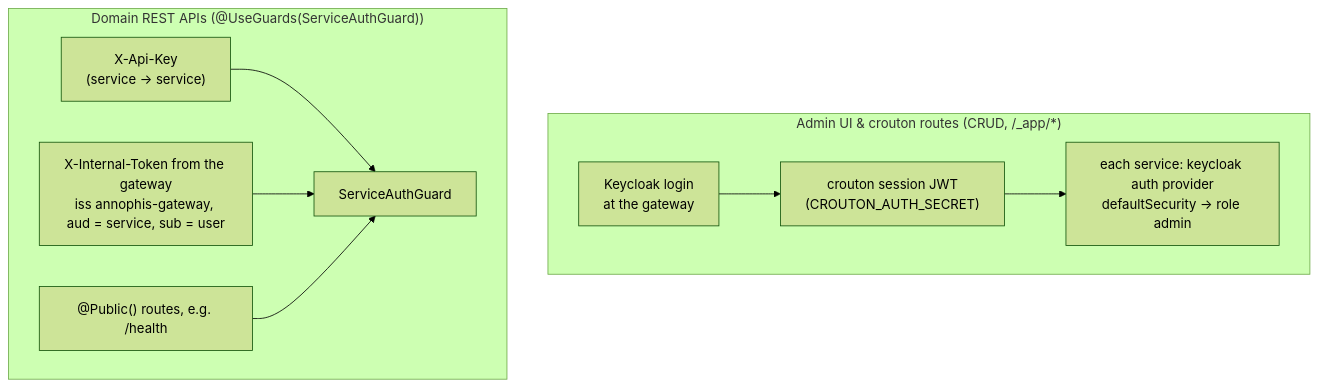
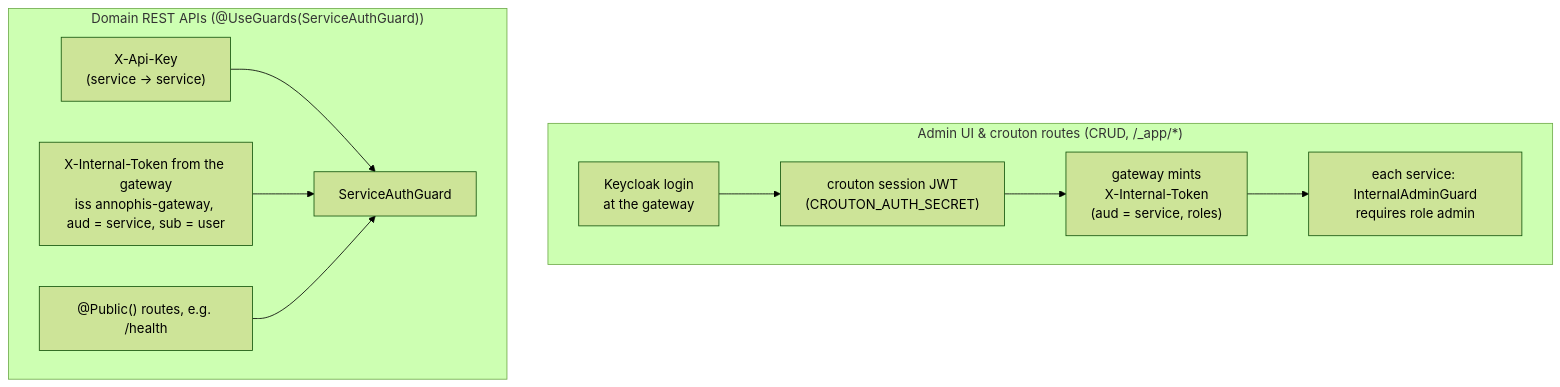
The first of 2 diagrams in docs/auth.md (GhentCDH/annophis), drawn with Mermaid (forest theme) before and after one commit. The commit also changed other lines of this file and 52 other files, not shown here.

First line of the commit message:
feat(auth): replace per-service auth providers with internal admin guard (#20)

````diff
--- a/docs/auth.md
+++ b/docs/auth.md
@@ -5,14 +5,15 @@
 ```mermaid
 flowchart TB
   subgraph admin["Admin UI & crouton routes (CRUD, /_app/*)"]
     direction LR
     kc[Keycloak login<br/>at the gateway] --> tok["crouton session JWT<br/>(CROUTON_AUTH_SECRET)"]
-    tok --> guard1["each service: keycloak auth provider<br/>defaultSecurity → role admin"]
+    tok --> internal["gateway mints<br/>X-Internal-Token<br/>(aud = service, roles)"]
+    internal --> guard1["each service: InternalAdminGuard<br/>requires role admin"]
   end
   subgraph domain["Domain REST APIs (@UseGuards(ServiceAuthGuard))"]
     direction LR
     key["X-Api-Key<br/>(service → service)"] --> guard2[ServiceAuthGuard]
     jwt["X-Internal-Token from the gateway<br/>iss annophis-gateway, aud = service, sub = user"] --> guard2
     pub["@Public() routes, e.g. /health"] --> guard2
   end
 ```
````
